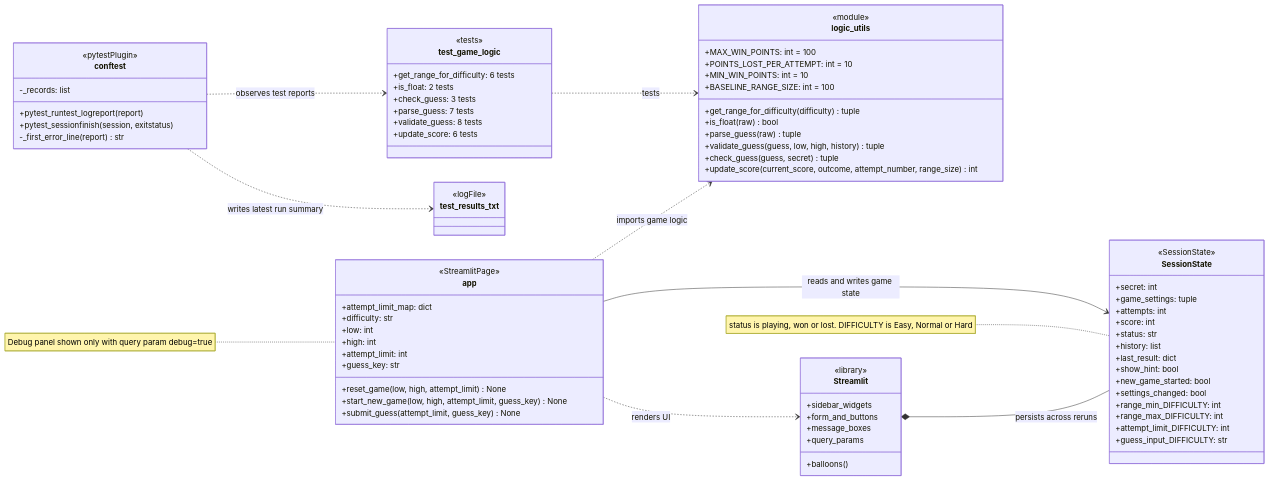
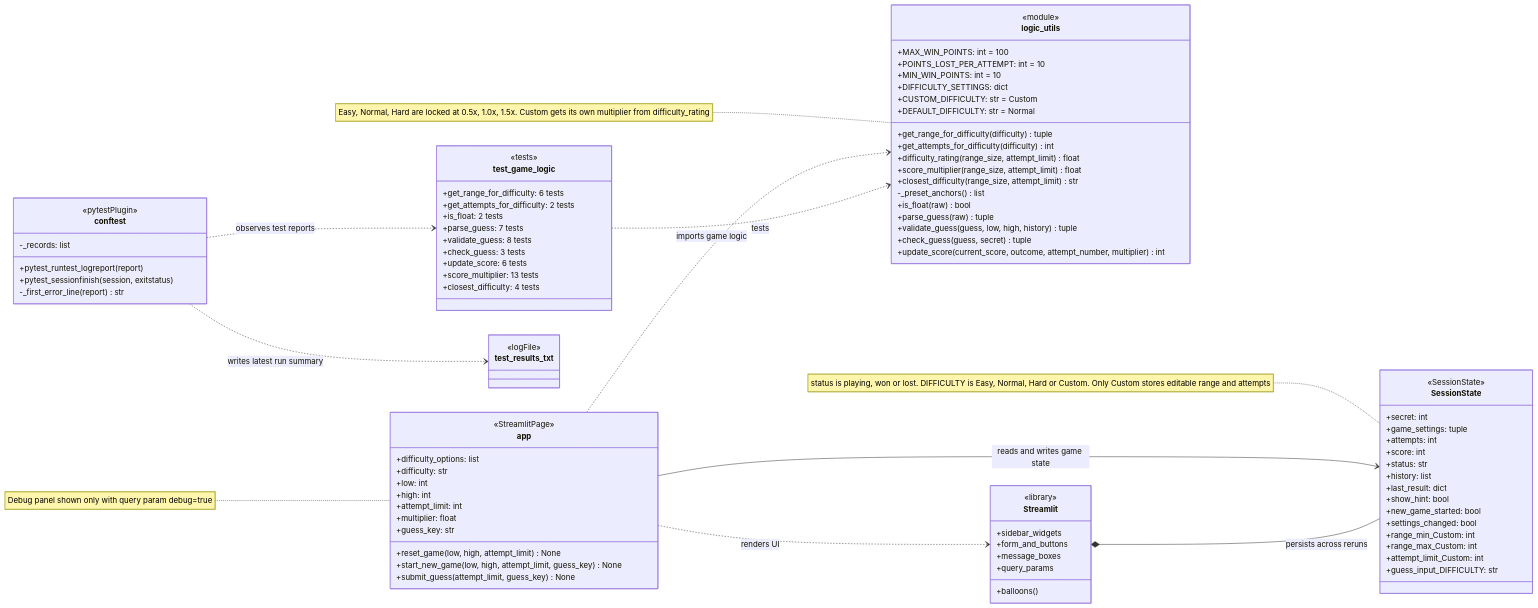
Before and after one commit to BronsonChow/Applied-AI-Glitchy-Guesser: the diagram in diagrams/architecture.mmd, drawn with Mermaid. The commit also changed 8 other files, not shown here.

First line of the commit message:
feat: lock preset difficulties and add Custom difficulty

```diff
--- a/diagrams/architecture.mmd
+++ b/diagrams/architecture.mmd
@@ -1,89 +1,101 @@
 classDiagram
     direction LR
 
     class app {
         <<StreamlitPage>>
-        +attempt_limit_map: dict
+        +difficulty_options: list
         +difficulty: str
         +low: int
         +high: int
         +attempt_limit: int
+        +multiplier: float
         +guess_key: str
         +reset_game(low, high, attempt_limit) None
         +start_new_game(low, high, attempt_limit, guess_key) None
         +submit_guess(attempt_limit, guess_key) None
     }
 
     class logic_utils {
         <<module>>
         +MAX_WIN_POINTS: int = 100
         +POINTS_LOST_PER_ATTEMPT: int = 10
         +MIN_WIN_POINTS: int = 10
-        +BASELINE_RANGE_SIZE: int = 100
+        +DIFFICULTY_SETTINGS: dict
+        +CUSTOM_DIFFICULTY: str = Custom
+        +DEFAULT_DIFFICULTY: str = Normal
         +get_range_for_difficulty(difficulty) tuple
+        +get_attempts_for_difficulty(difficulty) int
+        +difficulty_rating(range_size, attempt_limit) float
+        +score_multiplier(range_size, attempt_limit) float
+        +closest_difficulty(range_size, attempt_limit) str
+        -_preset_anchors() list
         +is_float(raw) bool
         +parse_guess(raw) tuple
         +validate_guess(guess, low, high, history) tuple
         +check_guess(guess, secret) tuple
-        +update_score(current_score, outcome, attempt_number, range_size) int
+        +update_score(current_score, outcome, attempt_number, multiplier) int
     }
 
     class SessionState {
         <<SessionState>>
         +secret: int
         +game_settings: tuple
         +attempts: int
         +score: int
         +status: str
         +history: list
         +last_result: dict
         +show_hint: bool
         +new_game_started: bool
         +settings_changed: bool
-        +range_min_DIFFICULTY: int
-        +range_max_DIFFICULTY: int
-        +attempt_limit_DIFFICULTY: int
+        +range_min_Custom: int
+        +range_max_Custom: int
+        +attempt_limit_Custom: int
         +guess_input_DIFFICULTY: str
     }
 
     class Streamlit {
         <<library>>
         +sidebar_widgets
         +form_and_buttons
         +message_boxes
         +query_params
         +balloons()
     }
 
     class test_game_logic {
         <<tests>>
         +get_range_for_difficulty: 6 tests
+        +get_attempts_for_difficulty: 2 tests
         +is_float: 2 tests
-        +check_guess: 3 tests
         +parse_guess: 7 tests
         +validate_guess: 8 tests
+        +check_guess: 3 tests
         +update_score: 6 tests
+        +score_multiplier: 13 tests
+        +closest_difficulty: 4 tests
     }
 
     class conftest {
         <<pytestPlugin>>
         -_records: list
         +pytest_runtest_logreport(report)
         +pytest_sessionfinish(session, exitstatus)
         -_first_error_line(report) str
     }
 
     class test_results_txt {
         <<logFile>>
     }
 
     app ..> logic_utils : imports game logic
     app --> SessionState : reads and writes game state
     app ..> Streamlit : renders UI
     Streamlit *-- SessionState : persists across reruns
     test_game_logic ..> logic_utils : tests
     conftest ..> test_game_logic : observes test reports
     conftest ..> test_results_txt : writes latest run summary
 
-    note for SessionState "status is playing, won or lost. DIFFICULTY is Easy, Normal or Hard"
+    note for SessionState "status is playing, won or lost. DIFFICULTY is Easy, Normal, Hard or Custom. Only Custom stores editable range and attempts"
+    note for logic_utils "Easy, Normal, Hard are locked at 0.5x, 1.0x, 1.5x. Custom gets its own multiplier from difficulty_rating"
     note for app "Debug panel shown only with query param debug=true"
```
